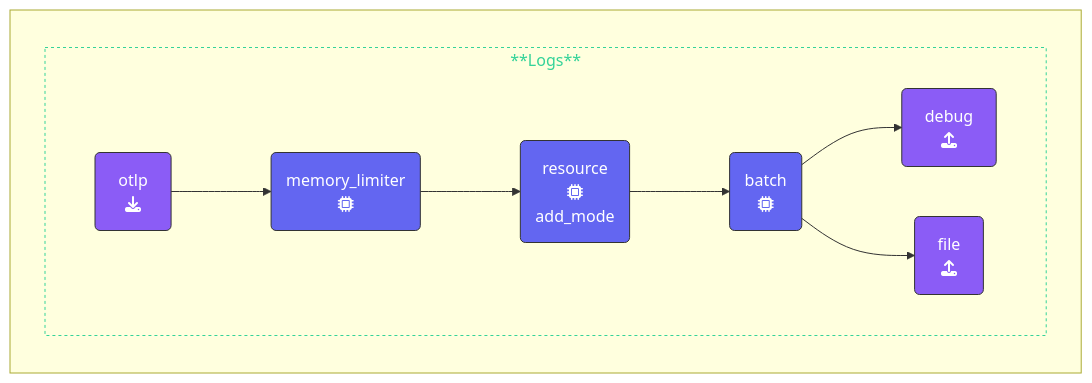
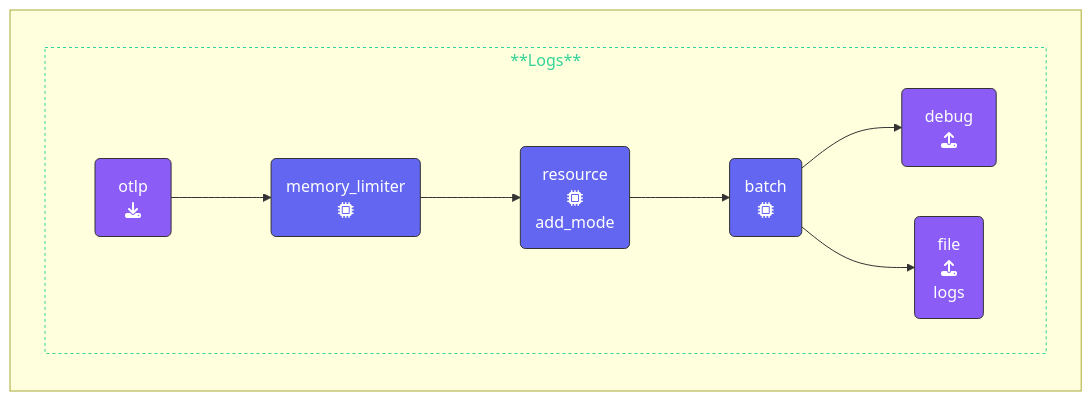
One commit to splunk/observability-workshop changed the diagram in content/en/ninja-workshops/10-advanced-otel/2-gateway/_index.md. Above: the diagram before and after it, drawn with Mermaid. The commit also changed other lines of this file and 1 other file, not shown here.

Commit message:
gateway test

````diff
--- a/content/en/ninja-workshops/10-advanced-otel/2-gateway/_index.md
+++ b/content/en/ninja-workshops/10-advanced-otel/2-gateway/_index.md
@@ -115,27 +115,27 @@
 ```mermaid
 %%{init:{"fontFamily":"monospace"}}%%
 graph LR
     %% Nodes
       REC1(&nbsp;&nbsp;otlp&nbsp;&nbsp;<br>fa:fa-download):::receiver
       PRO1(memory_limiter<br>fa:fa-microchip):::processor
       PRO2(resource<br>fa:fa-microchip<br>add_mode):::processor
       PRO3(batch<br>fa:fa-microchip):::processor
-      EXP1(&ensp;file&ensp;<br>fa:fa-upload):::exporter
+      EXP1(&ensp;file&ensp;<br>fa:fa-upload<br>logs):::exporter
       EXP2(&ensp;debug&ensp;<br>fa:fa-upload):::exporter
     %% Links
     subID1:::sub-logs
     subgraph " "
       subgraph subID1[**Logs**]
       direction LR
       REC1 --> PRO1
       PRO1 --> PRO2
       PRO2 --> PRO3
       PRO3 --> EXP2
       PRO3 --> EXP1
       end
     end
 classDef receiver,exporter fill:#8b5cf6,stroke:#333,stroke-width:1px,color:#fff;
 classDef processor fill:#6366f1,stroke:#333,stroke-width:1px,color:#fff;
 classDef con-receive,con-export fill:#45c175,stroke:#333,stroke-width:1px,color:#fff;
 classDef sub-logs stroke:#34d399,stroke-width:1px, color:#34d399,stroke-dasharray: 3 3;
 ```
````
